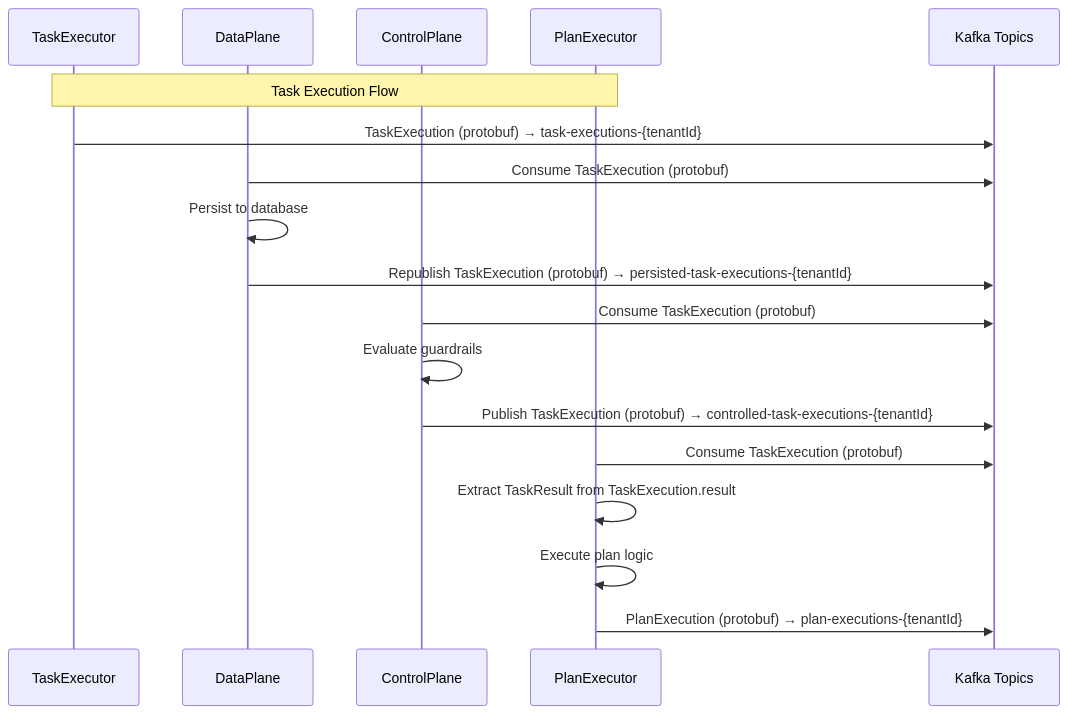
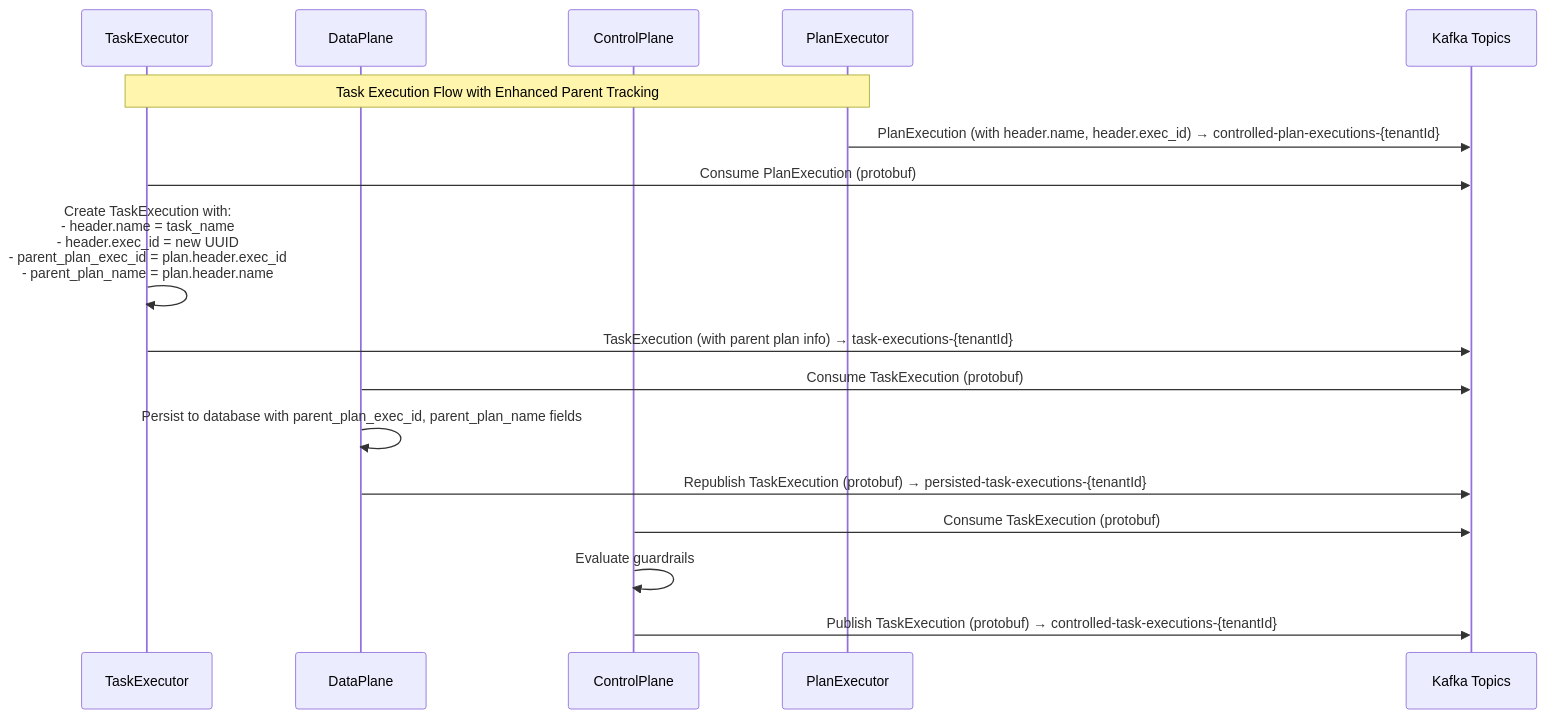
Before and after one commit to paul-callahan/scalable-agent-framework: the second of 3 diagrams in docs/DataFlow.md, drawn with Mermaid. The commit also changed other lines of this file and 23 other files, not shown here.

````diff
--- a/docs/DataFlow.md
+++ b/docs/DataFlow.md
@@ -62,22 +70,21 @@
 ```mermaid
 sequenceDiagram
     participant TE as TaskExecutor
     participant DP as DataPlane
     participant CP as ControlPlane
     participant PE as PlanExecutor
     participant K as Kafka Topics
 
-    Note over TE,PE: Task Execution Flow
+    Note over TE,PE: Task Execution Flow with Enhanced Parent Tracking
 
-    TE->>K: TaskExecution (protobuf) → task-executions-{tenantId}
+    PE->>K: PlanExecution (with header.name, header.exec_id) → controlled-plan-executions-{tenantId}
+    TE->>K: Consume PlanExecution (protobuf)
+    TE->>TE: Create TaskExecution with:<br/>- header.name = task_name<br/>- header.exec_id = new UUID<br/>- parent_plan_exec_id = plan.header.exec_id<br/>- parent_plan_name = plan.header.name
+    TE->>K: TaskExecution (with parent plan info) → task-executions-{tenantId}
     DP->>K: Consume TaskExecution (protobuf)
-    DP->>DP: Persist to database
+    DP->>DP: Persist to database with parent_plan_exec_id, parent_plan_name fields
     DP->>K: Republish TaskExecution (protobuf) → persisted-task-executions-{tenantId}
     CP->>K: Consume TaskExecution (protobuf)
     CP->>CP: Evaluate guardrails
     CP->>K: Publish TaskExecution (protobuf) → controlled-task-executions-{tenantId}
-    PE->>K: Consume TaskExecution (protobuf)
-    PE->>PE: Extract TaskResult from TaskExecution.result
-    PE->>PE: Execute plan logic
-    PE->>K: PlanExecution (protobuf) → plan-executions-{tenantId}
 ```
````
